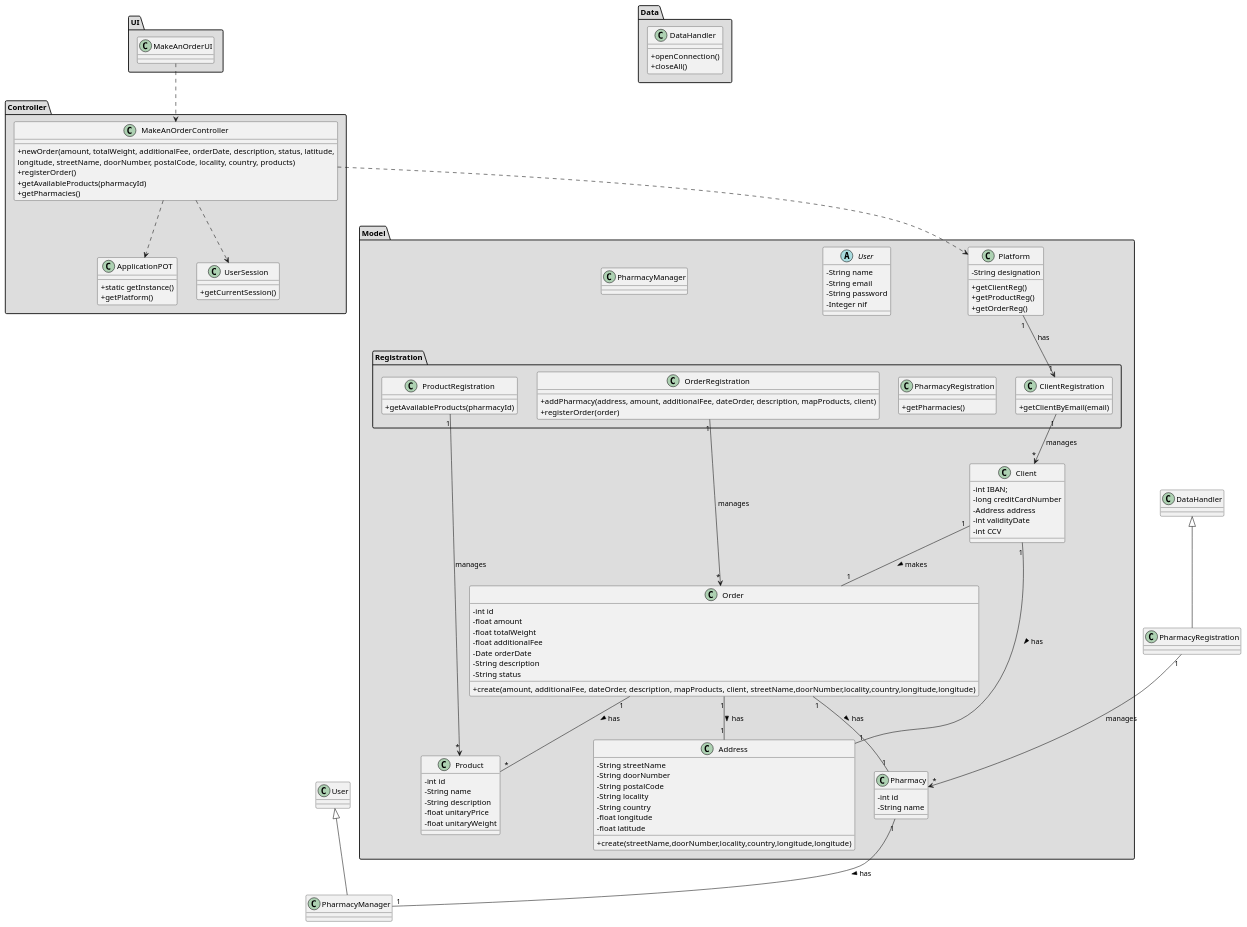
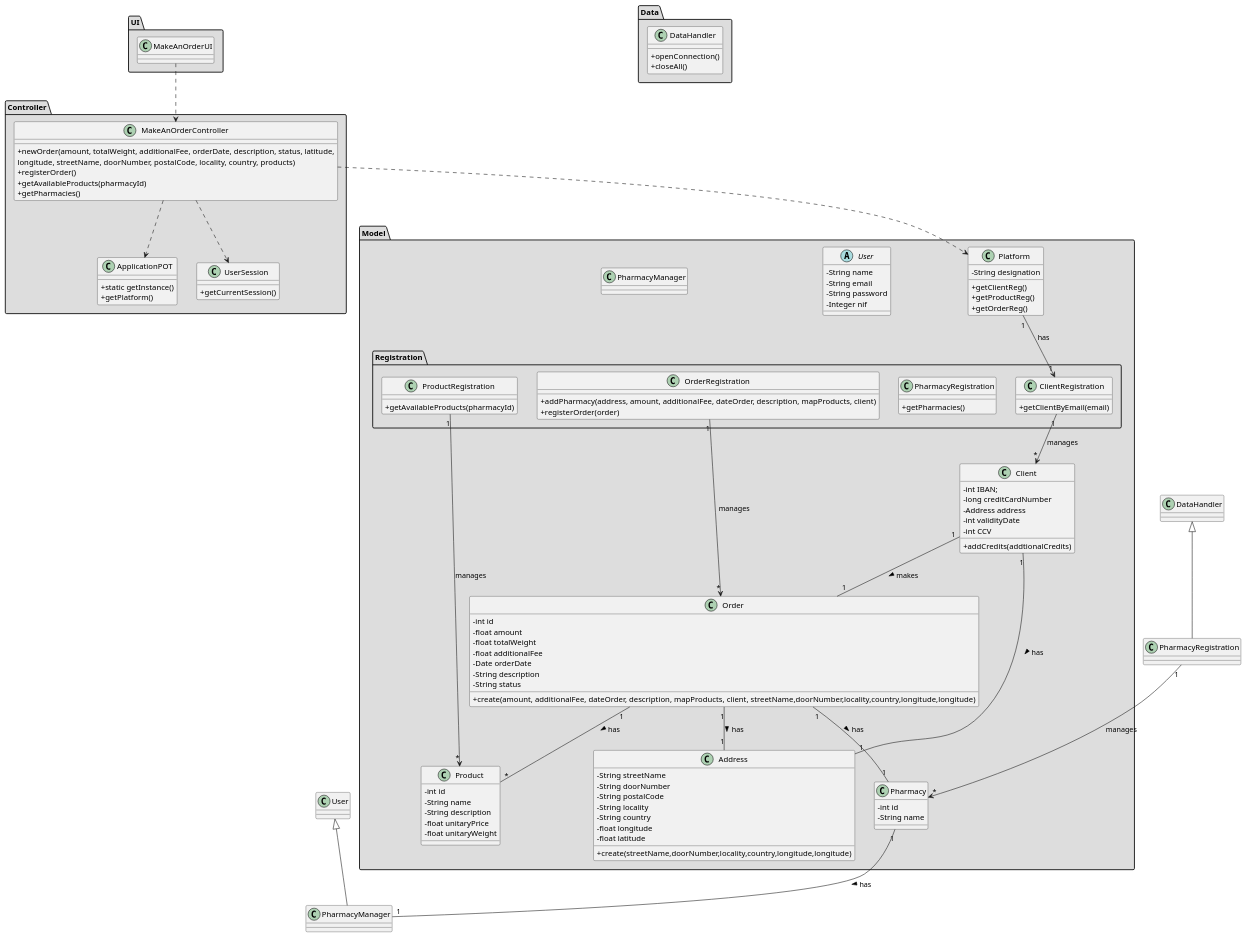
One commit to tiagoavcosta25/LAPR3 changed the diagram in docs/Iteration 1/Make An Order/US25_MakeAnOrder/US25_CD.puml. Above: the diagram before and after it, drawn with PlantUML. The commit also changed 5 other files, not shown here.

```diff
--- a/docs/Iteration 1/Make An Order/US25_MakeAnOrder/US25_CD.puml
+++ b/docs/Iteration 1/Make An Order/US25_MakeAnOrder/US25_CD.puml
@@ -1,145 +1,146 @@
 @startuml
 skinparam classAttributeIconSize 0
 
 package "UI" #DDDDDD {
 class MakeAnOrderUI{
 
 }
 }
 
 
 package "Controller" #DDDDDD {
 class MakeAnOrderController{
 +newOrder(amount, totalWeight, additionalFee, orderDate, description, status, latitude,
 longitude, streetName, doorNumber, postalCode, locality, country, products)
 +registerOrder()
 +getAvailableProducts(pharmacyId)
 +getPharmacies()
 }
 
 class ApplicationPOT
 {
   +static getInstance()
   +getPlatform()
 }
 
 class UserSession
 {
   +getCurrentSession()
 }
 }
 
 
 package "Model" #DDDDDD {
 class Platform {
   -String designation
   +getClientReg()
   +getProductReg()
   +getOrderReg()
 }
 package "Registration" #DDDDDD {
 
   class OrderRegistration{
        +addPharmacy(address, amount, additionalFee, dateOrder, description, mapProducts, client)
        +registerOrder(order)
   }
 
   class PharmacyRegistration{
           +getPharmacies()
   }
 
   class ProductRegistration{
           +getAvailableProducts(pharmacyId)
   }
   class ClientRegistration{
         +getClientByEmail(email)
   }
  }
 }
 
 package "Model" #DDDDDD {
 abstract class User{
 -   String name
 -   String email
 -   String password
 -   Integer nif
 }
 
 class Client{
 -int IBAN;
 -long creditCardNumber
 -Address address
 -int validityDate
 -int CCV
++addCredits(addtionalCredits)
 }
 
 class Address{
 -   String streetName
 -   String doorNumber
 -   String postalCode
 -   String locality
 -   String country
 -   float longitude
 -   float latitude
 +create(streetName,doorNumber,locality,country,longitude,longitude)
 }
 
 class Order{
 -   int id
 -   float amount
 -   float totalWeight
 -   float additionalFee
 -   Date orderDate
 -   String description
 -   String status
 +create(amount, additionalFee, dateOrder, description, mapProducts, client, streetName,doorNumber,locality,country,longitude,longitude)
 }
 
 class Product{
 -   int id
 -   String name
 -   String description
 -   float unitaryPrice
 -   float unitaryWeight
 }
 
 class Pharmacy{
 -   int id
 -   String name
 }
 
 class PharmacyManager{
 }
 
 }
 
 
 package "Data" #DDDDDD {
 class DataHandler{
     +openConnection()
     +closeAll()
 }
 }
 
 class PharmacyRegistration extends DataHandler
 
 class PharmacyManager extends User
 
 MakeAnOrderUI ..> MakeAnOrderController
 MakeAnOrderController ..> Platform
 MakeAnOrderController ..> ApplicationPOT
 MakeAnOrderController ..> UserSession
 Platform "1" --> "1" ClientRegistration : has
 ClientRegistration "1" --> "*" Client : manages
 ProductRegistration "1" --> "*" Product : manages
 OrderRegistration "1" --> "*" Order : manages
 PharmacyRegistration "1" --> "*" Pharmacy : manages
 
 Order "1" -- "*" Product : has >
 Order "1" -- "1" Pharmacy : has >
 Client "1" -- "1" Order : makes >
 Client "1" -- "1" Address : has >
 Order "1" -- "1" Address : has >
 Pharmacy "1" -- "1" PharmacyManager : has >
 
 @enduml
```
